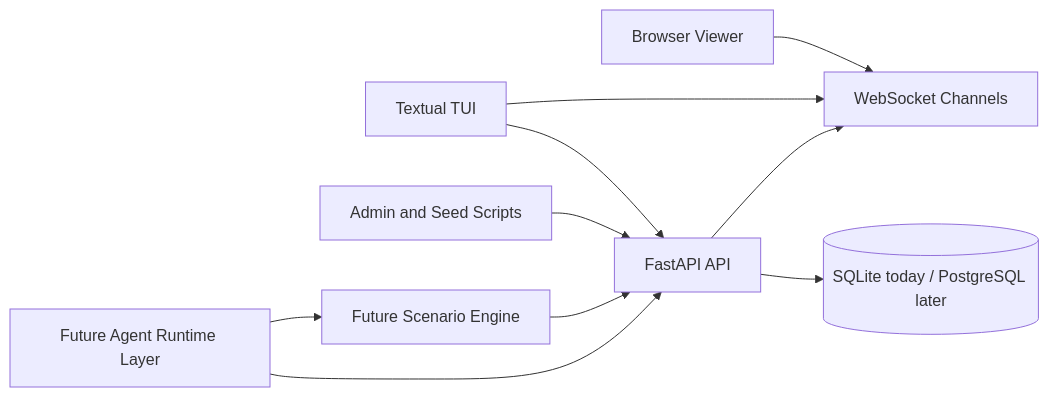
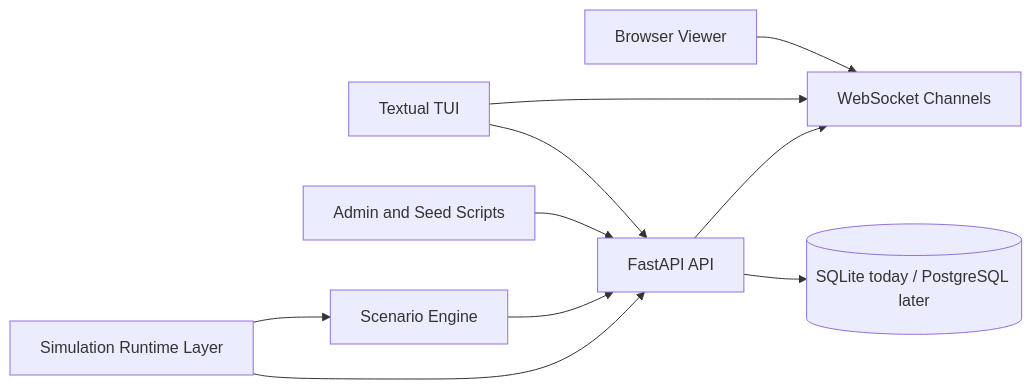
Before and after one commit to Jgmedina95/AgentGroupChat: the diagram in readme.md, drawn with Mermaid. The commit also changed other lines of this file and 19 other files, not shown here.

````diff
--- a/readme.md
+++ b/readme.md
@@ -85,21 +82,21 @@
 ```mermaid
 flowchart LR
 	Browser[Browser Viewer]
 	TUI[Textual TUI]
 	Scripts[Admin and Seed Scripts]
 	API[FastAPI API]
 	WS[WebSocket Channels]
 	DB[(SQLite today / PostgreSQL later)]
-	Runtime[Future Agent Runtime Layer]
-	Scenarios[Future Scenario Engine]
+	Runtime[Simulation Runtime Layer]
+	Scenarios[Scenario Engine]
 
 	Browser --> WS
 	TUI --> API
 	TUI --> WS
 	Scripts --> API
 	API --> DB
 	API --> WS
 	Runtime --> API
 	Runtime --> Scenarios
 	Scenarios --> API
 ```
````
